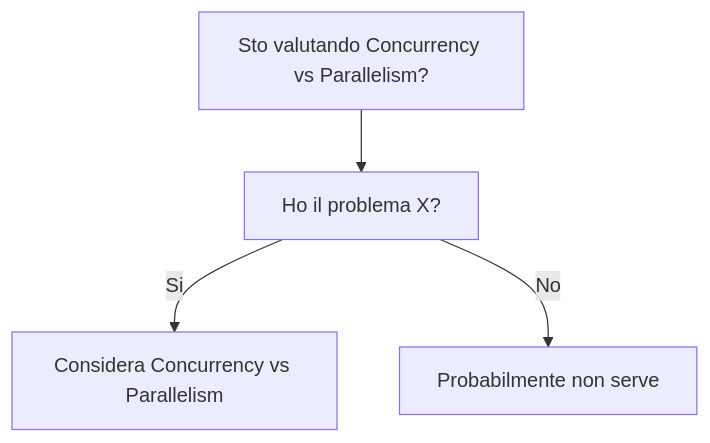
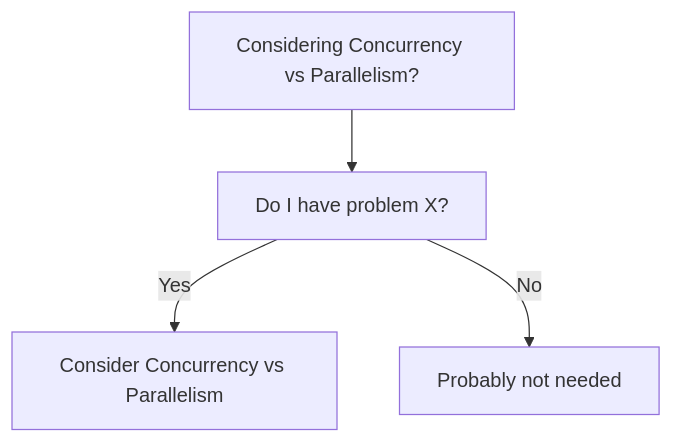
Before and after one commit to HxT9/Software-Dev-Wiki: the diagram in dev-wiki/04_Concurrency/Concurrency_vs_Parallelism/When_To_Use.md, drawn with Mermaid. The commit also changed other lines of this file and 3444 other files, not shown here.

````diff
--- a/dev-wiki/04_Concurrency/Concurrency_vs_Parallelism/When_To_Use.md
+++ b/dev-wiki/04_Concurrency/Concurrency_vs_Parallelism/When_To_Use.md
@@ -19,6 +19,6 @@
 ```mermaid
 flowchart TD
-  Q[Sto valutando Concurrency vs Parallelism?] --> Q1[Ho il problema X?]
-  Q1 -->|Si| OK[Considera Concurrency vs Parallelism]
-  Q1 -->|No| NO[Probabilmente non serve]
+  Q[Considering Concurrency vs Parallelism?] --> Q1[Do I have problem X?]
+  Q1 -->|Yes| OK[Consider Concurrency vs Parallelism]
+  Q1 -->|No| NO[Probably not needed]
 ```
````
